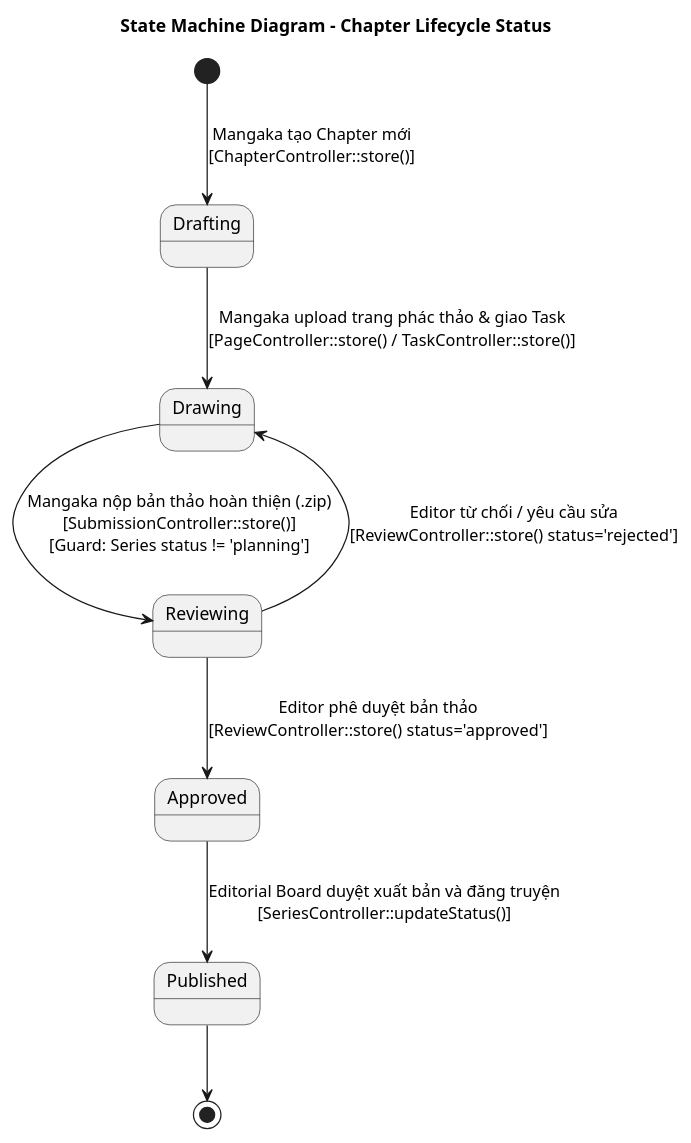
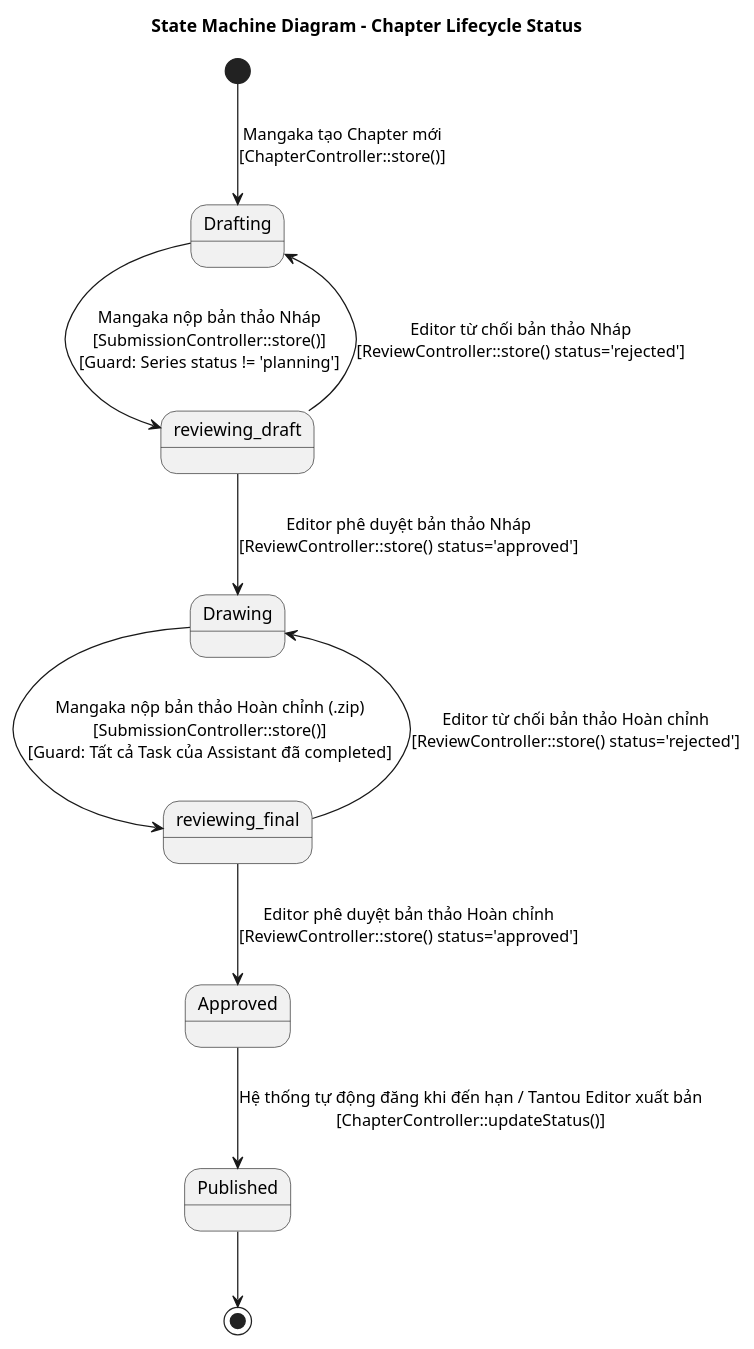
Before and after one commit to trongtan0079/Manga-publishing-management-system: the diagram in UML/State_Machine_Chapter.puml, drawn with PlantUML. The commit also changed 14 other files, not shown here.

First line of the commit message:
docs(uml): Cap nhat chi tiet so do UML va tai lieu dac ta he thong trang thai

```diff
--- a/UML/State_Machine_Chapter.puml
+++ b/UML/State_Machine_Chapter.puml
@@ -1,17 +1,20 @@
 @startuml
 title State Machine Diagram - Chapter Lifecycle Status
 
 [*] --> Drafting : Mangaka tạo Chapter mới\n[ChapterController::store()]
 
-Drafting --> Drawing : Mangaka upload trang phác thảo & giao Task\n[PageController::store() / TaskController::store()]
 
-Drawing --> Reviewing : Mangaka nộp bản thảo hoàn thiện (.zip)\n[SubmissionController::store()]\n[Guard: Series status != 'planning']
+Drafting --> reviewing_draft : Mangaka nộp bản thảo Nháp\n[SubmissionController::store()]\n[Guard: Series status != 'planning']
 
-Reviewing --> Drawing : Editor từ chối / yêu cầu sửa\n[ReviewController::store() status='rejected']
+reviewing_draft --> Drafting : Editor từ chối bản thảo Nháp\n[ReviewController::store() status='rejected']
+reviewing_draft --> Drawing : Editor phê duyệt bản thảo Nháp\n[ReviewController::store() status='approved']
 
-Reviewing --> Approved : Editor phê duyệt bản thảo\n[ReviewController::store() status='approved']
+Drawing --> reviewing_final : Mangaka nộp bản thảo Hoàn chỉnh (.zip)\n[SubmissionController::store()]\n[Guard: Tất cả Task của Assistant đã completed]
 
-Approved --> Published : Editorial Board duyệt xuất bản và đăng truyện\n[SeriesController::updateStatus()]
+reviewing_final --> Drawing : Editor từ chối bản thảo Hoàn chỉnh\n[ReviewController::store() status='rejected']
+reviewing_final --> Approved : Editor phê duyệt bản thảo Hoàn chỉnh\n[ReviewController::store() status='approved']
+
+Approved --> Published : Hệ thống tự động đăng khi đến hạn / Tantou Editor xuất bản\n[ChapterController::updateStatus()]
 
 Published --> [*]
 @enduml
```
